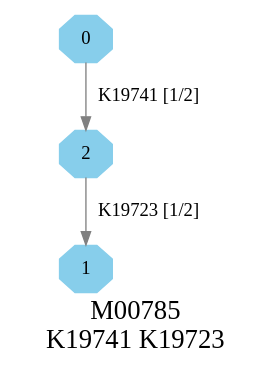
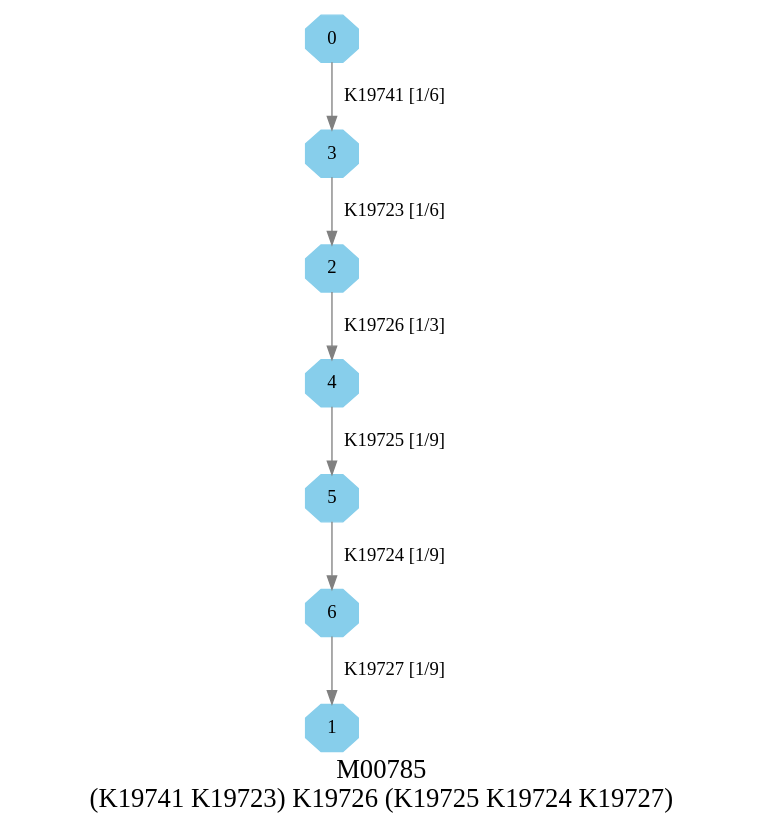
The diagram in kegg_pathways_completeness/graphs/dots/M00785.dot (EBI-Metagenomics/kegg-pathways-completeness-tool), drawn with Graphviz before and after one commit. The commit also changed 587 other files, not shown here.

```diff
--- a/kegg_pathways_completeness/graphs/dots/M00785.dot
+++ b/kegg_pathways_completeness/graphs/dots/M00785.dot
@@ -1,9 +1,13 @@
 digraph G {
 graph [label="M00785
-K19741 K19723",fontsize=20];
+(K19741 K19723) K19726 (K19725 K19724 K19727)",fontsize=20];
 node [shape=box,style=filled];
 edge [len=3,color=grey];
-{node [width=.3,height=.3,shape=octagon,style=filled,color=skyblue] 0 1 2 }
-0 -> 2 [label="K19741 [1/2]"];
-2 -> 1 [label="K19723 [1/2]"];
+{node [width=.3,height=.3,shape=octagon,style=filled,color=skyblue] 0 1 2 3 4 5 6 }
+0 -> 3 [label="K19741 [1/6]"];
+2 -> 4 [label="K19726 [1/3]"];
+3 -> 2 [label="K19723 [1/6]"];
+4 -> 5 [label="K19725 [1/9]"];
+5 -> 6 [label="K19724 [1/9]"];
+6 -> 1 [label="K19727 [1/9]"];
 }
```
